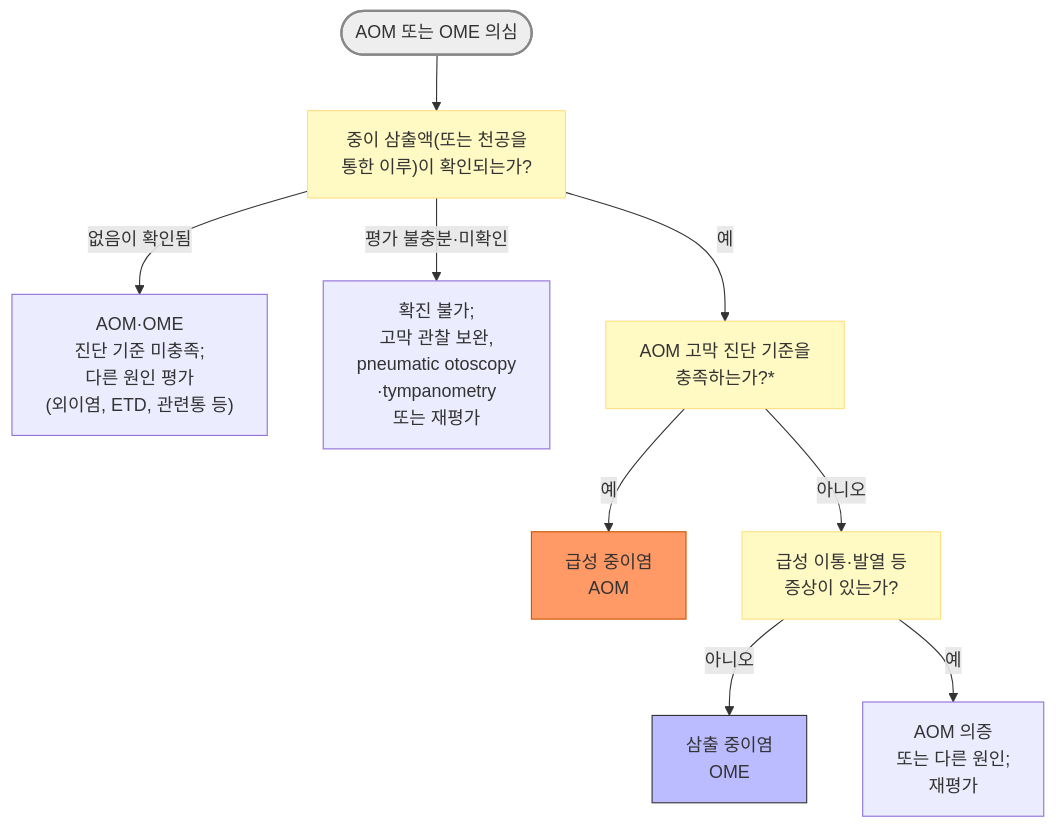
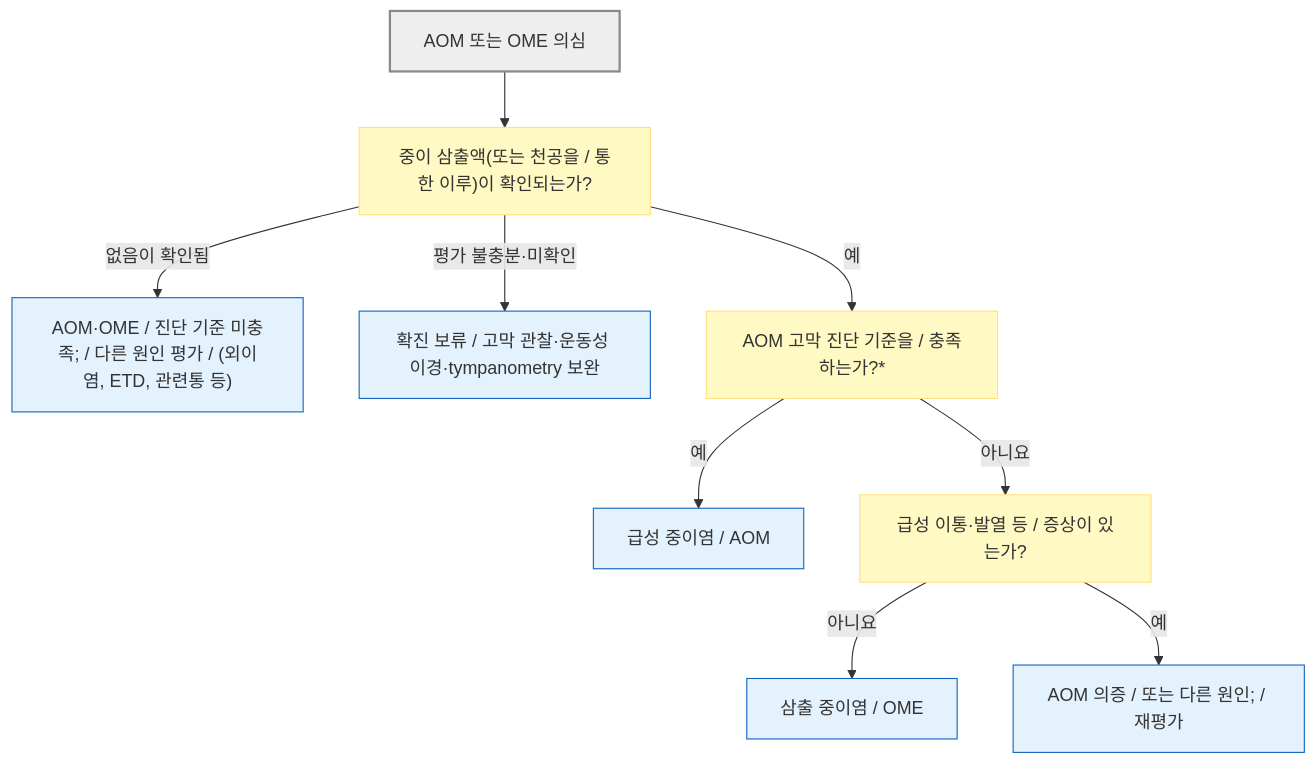
Before and after one commit to familyoh77/familyoh77: the first of 3 diagrams in 222_/049_1-aom.md, drawn with Mermaid. The commit also changed other lines of this file and 13 other files, not shown here.

````diff
--- a/222_/049_1-aom.md
+++ b/222_/049_1-aom.md
@@ -83,16 +101,18 @@
 ```mermaid
-graph TD
-    Start(["AOM 또는 OME 의심"]) --> Effusion["중이 삼출액(또는 천공을 <br/>통한 이루)이 확인되는가?"]
-    Effusion -- "없음이 확인됨" --> Other["AOM·OME <br/>진단 기준 미충족; <br/>다른 원인 평가 <br/>(외이염, ETD, 관련통 등)"]
-    Effusion -- "평가 불충분·미확인" --> Recheck["확진 불가; <br/>고막 관찰 보완, <br/>pneumatic otoscopy<br/>·tympanometry <br/>또는 재평가"]
-    Effusion -- 예 --> Criteria["AOM 고막 진단 기준을 <br/>충족하는가?*"]
-    Criteria -- 예 --> AOM["급성 중이염<br/>AOM"]
-    Criteria -- 아니오 --> Acute["급성 이통·발열 등 <br/>증상이 있는가?"]
-    Acute -- 아니오 --> OME["삼출 중이염<br/>OME"]
-    Acute -- 예 --> Uncertain["AOM 의증 <br/>또는 다른 원인; <br/>재평가"]
-    style Start fill:#eeeeee,stroke:#888888,stroke-width:2px
-    style AOM fill:#ff9966,stroke:#cc5500
-    style OME fill:#bbf,stroke:#333
-    classDef q fill:#fff9c4,stroke:#ffe082
-    class Effusion,Criteria,Acute q
+flowchart TD
+    Start["AOM 또는 OME 의심"] --> Effusion["중이 삼출액(또는 천공을 / 통한 이루)이 확인되는가?"]
+    Effusion -- "없음이 확인됨" --> Other["AOM·OME / 진단 기준 미충족; / 다른 원인 평가 / (외이염, ETD, 관련통 등)"]
+    Effusion -- "평가 불충분·미확인" --> Recheck["확진 보류 / 고막 관찰·운동성 이경·tympanometry 보완"]
+    Effusion -- "예" --> Criteria["AOM 고막 진단 기준을 / 충족하는가?*"]
+    Criteria -- "예" --> AOM["급성 중이염 / AOM"]
+    Criteria -- "아니요" --> Acute["급성 이통·발열 등 / 증상이 있는가?"]
+    Acute -- "아니요" --> OME["삼출 중이염 / OME"]
+    Acute -- "예" --> Uncertain["AOM 의증 / 또는 다른 원인; / 재평가"]
+    classDef start fill:#eee,stroke:#888,stroke-width:2px
+    classDef decision fill:#fff9c4,stroke:#ffe082
+    classDef urgent fill:#ffebee,stroke:#c62828,stroke-width:2px
+    classDef action fill:#e3f2fd,stroke:#1565c0
+    class Start start
+    class Effusion,Criteria,Acute decision
+    class Other,Recheck,AOM,OME,Uncertain action
 ```
````
